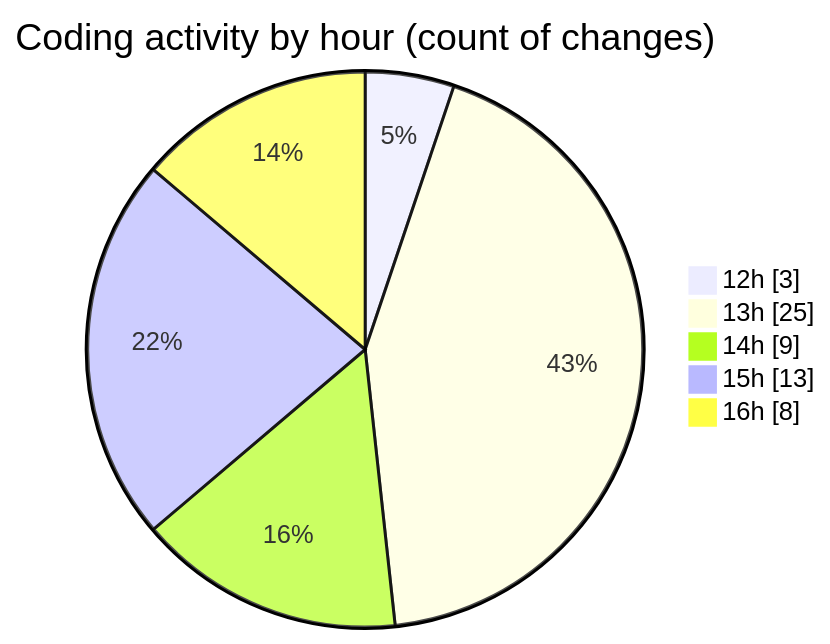
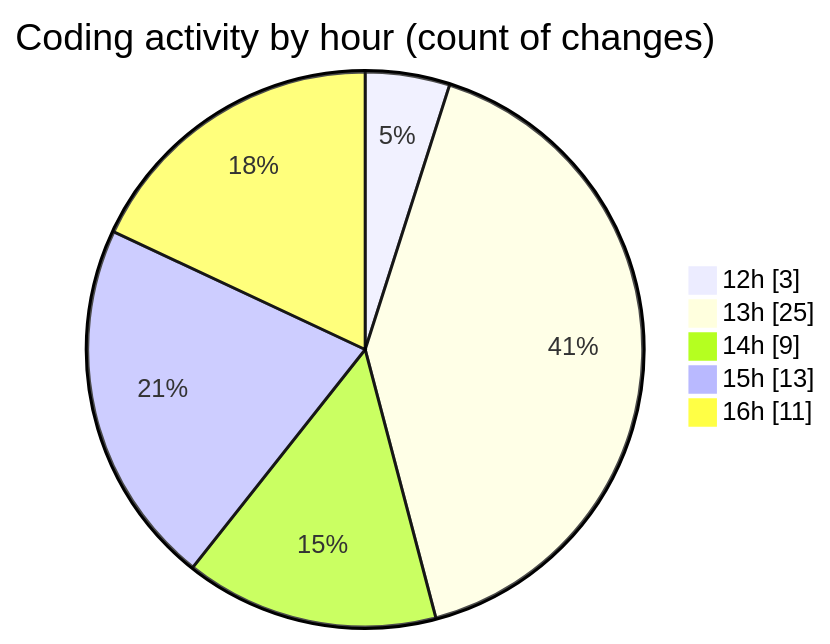
One commit to nxtqubesakshisongat/code-tracking changed the second of 2 diagrams in 2025-09-26/nxtqube_webapp/README.md. Above: the diagram before and after it, drawn with Mermaid. The commit also changed other lines of this file and 1 other file, not shown here.

````diff
--- a/2025-09-26/nxtqube_webapp/README.md
+++ b/2025-09-26/nxtqube_webapp/README.md
@@ -35,9 +35,9 @@
 ```mermaid
 pie showData
 title Coding activity by hour (count of changes)
 "12h" : 3
 "13h" : 25
 "14h" : 9
 "15h" : 13
-"16h" : 8
+"16h" : 11
 ```
````
